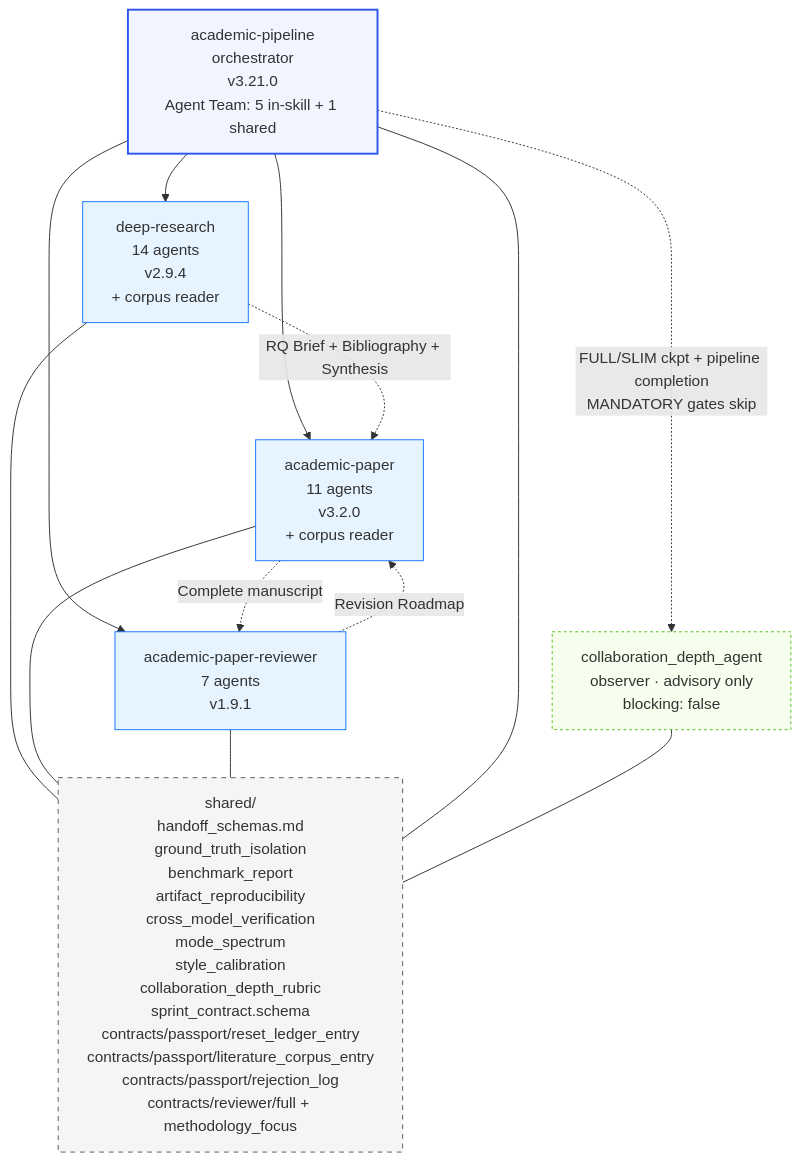
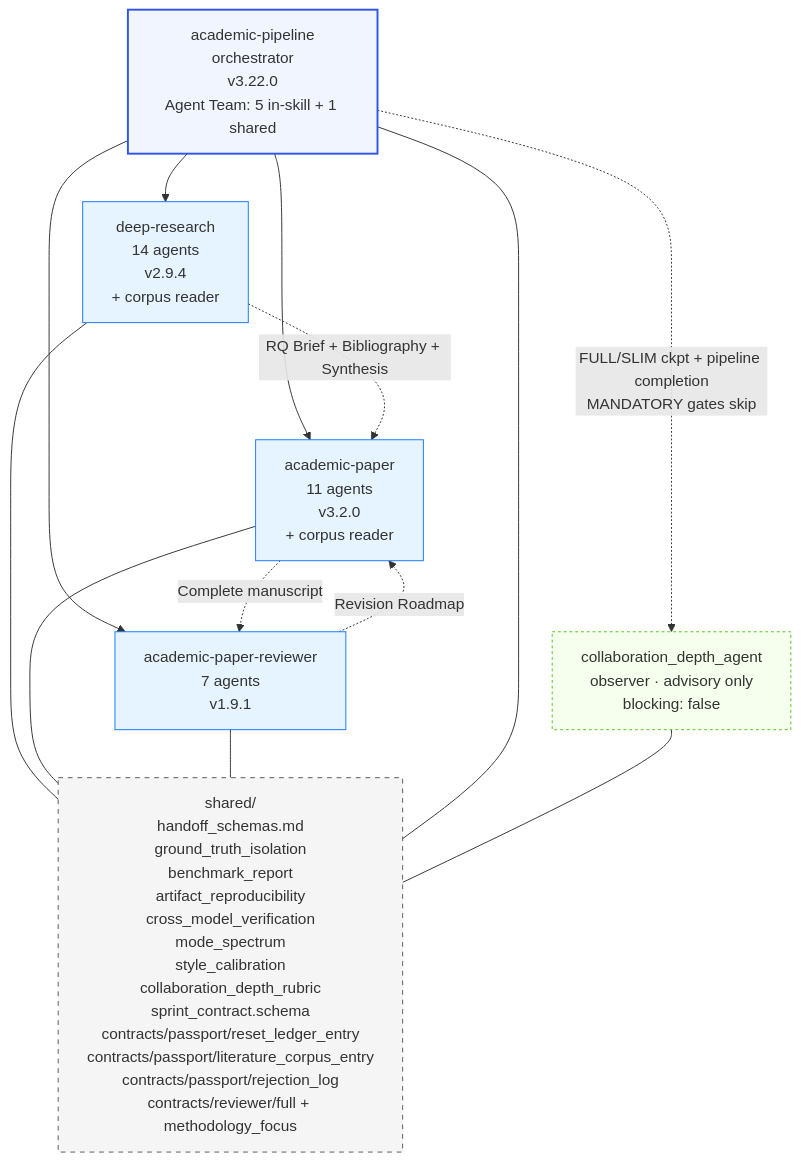
Before and after one commit to pouriamrt/academic-research-skills: the fourth of 5 diagrams in docs/ARCHITECTURE.md, drawn with Mermaid. The commit also changed other lines of this file and 20 other files, not shown here.

````diff
--- a/docs/ARCHITECTURE.md
+++ b/docs/ARCHITECTURE.md
@@ -201,31 +201,31 @@
 ```mermaid
 graph TD
-    Pipeline[academic-pipeline<br/>orchestrator<br/>v3.21.0<br/>Agent Team: 5 in-skill + 1 shared]
+    Pipeline[academic-pipeline<br/>orchestrator<br/>v3.22.0<br/>Agent Team: 5 in-skill + 1 shared]
     Observer[collaboration_depth_agent<br/>observer · advisory only<br/>blocking: false]
     DR[deep-research<br/>14 agents<br/>v2.9.4<br/>+ corpus reader]
     AP[academic-paper<br/>11 agents<br/>v3.2.0<br/>+ corpus reader]
     APR[academic-paper-reviewer<br/>7 agents<br/>v1.9.1]
     Shared[shared/<br/>handoff_schemas.md<br/>ground_truth_isolation<br/>benchmark_report<br/>artifact_reproducibility<br/>cross_model_verification<br/>mode_spectrum<br/>style_calibration<br/>collaboration_depth_rubric<br/>sprint_contract.schema<br/>contracts/passport/reset_ledger_entry<br/>contracts/passport/literature_corpus_entry<br/>contracts/passport/rejection_log<br/>contracts/reviewer/full + methodology_focus]
 
     Pipeline --> DR
     Pipeline --> AP
     Pipeline --> APR
     Pipeline -. "FULL/SLIM ckpt + pipeline completion<br/>MANDATORY gates skip" .-> Observer
     DR -. "RQ Brief + Bibliography + Synthesis" .-> AP
     AP -. "Complete manuscript" .-> APR
     APR -. "Revision Roadmap" .-> AP
     DR --- Shared
     AP --- Shared
     APR --- Shared
     Pipeline --- Shared
     Observer --- Shared
 
     classDef orch fill:#f0f5ff,stroke:#2f54eb,stroke-width:2px
     classDef skill fill:#e6f4ff,stroke:#1677ff
     classDef shared fill:#f5f5f5,stroke:#595959,stroke-dasharray:5 5
     classDef observer fill:#f6ffed,stroke:#52c41a,stroke-dasharray:3 3
     class Pipeline orch
     class DR,AP,APR skill
     class Shared shared
     class Observer observer
 ```
````
